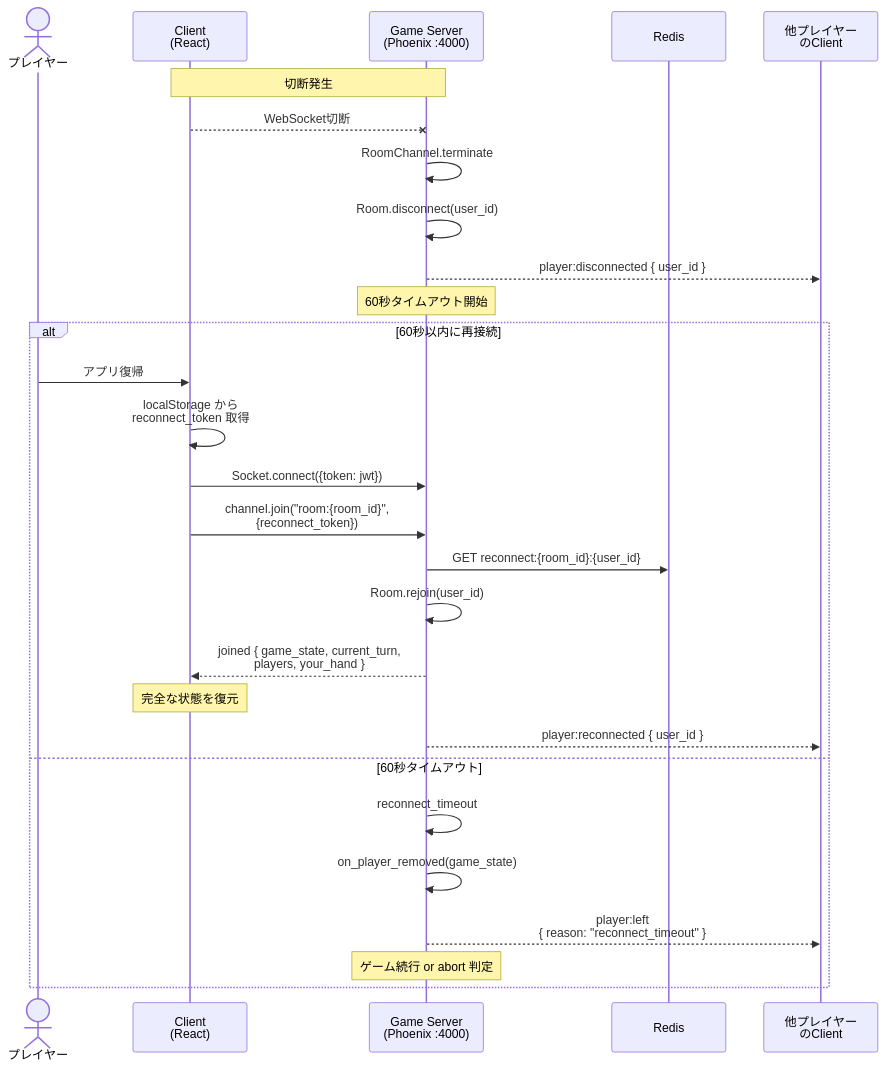
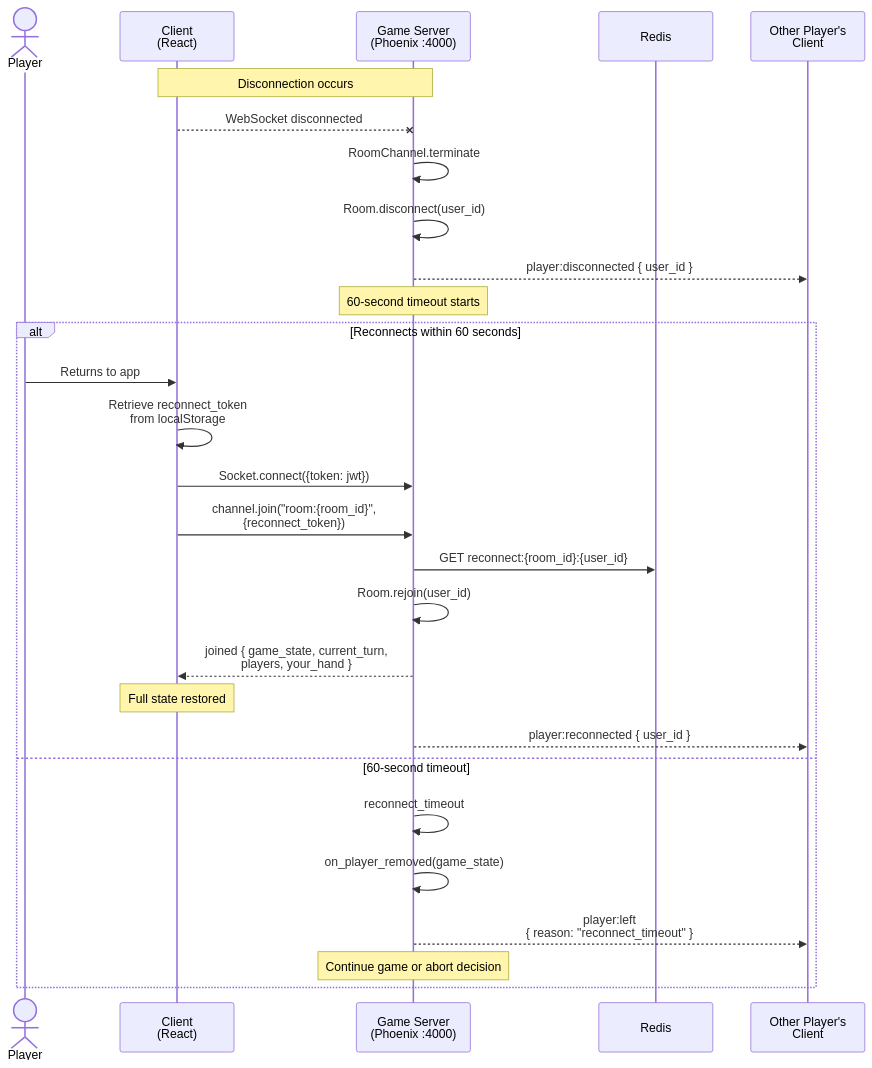
One commit to naokirin/room-based-multiplayer-poc changed the fourth of 8 diagrams in docs/sequences.md. Above: the diagram before and after it, drawn with Mermaid. The commit also changed other lines of this file and 3 other files, not shown here.

````diff
--- a/docs/sequences.md
+++ b/docs/sequences.md
@@ -137,33 +137,33 @@
 ```mermaid
 sequenceDiagram
-    actor Player as プレイヤー
+    actor Player as Player
     participant Client as Client<br/>(React)
     participant Game as Game Server<br/>(Phoenix :4000)
     participant Redis as Redis
-    participant OtherClient as 他プレイヤー<br/>のClient
+    participant OtherClient as Other Player's<br/>Client
 
-    Note over Client,Game: 切断発生
-    Client--xGame: WebSocket切断
+    Note over Client,Game: Disconnection occurs
+    Client--xGame: WebSocket disconnected
     Game->>Game: RoomChannel.terminate
     Game->>Game: Room.disconnect(user_id)
     Game-->>OtherClient: player:disconnected { user_id }
 
-    Note over Game: 60秒タイムアウト開始
+    Note over Game: 60-second timeout starts
 
-    alt 60秒以内に再接続
-        Player->>Client: アプリ復帰
-        Client->>Client: localStorage から<br/>reconnect_token 取得
+    alt Reconnects within 60 seconds
+        Player->>Client: Returns to app
+        Client->>Client: Retrieve reconnect_token<br/>from localStorage
         Client->>Game: Socket.connect({token: jwt})
         Client->>Game: channel.join("room:{room_id}",<br/>{reconnect_token})
         Game->>Redis: GET reconnect:{room_id}:{user_id}
         Game->>Game: Room.rejoin(user_id)
         Game-->>Client: joined { game_state, current_turn,<br/>players, your_hand }
-        Note over Client: 完全な状態を復元
+        Note over Client: Full state restored
         Game-->>OtherClient: player:reconnected { user_id }
-    else 60秒タイムアウト
+    else 60-second timeout
         Game->>Game: reconnect_timeout
         Game->>Game: on_player_removed(game_state)
         Game-->>OtherClient: player:left<br/>{ reason: "reconnect_timeout" }
-        Note over Game: ゲーム続行 or abort 判定
+        Note over Game: Continue game or abort decision
     end
 ```
````
